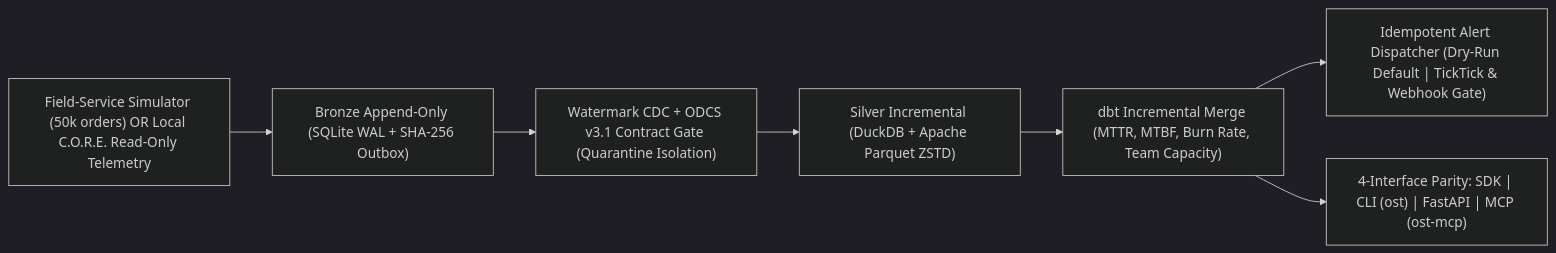
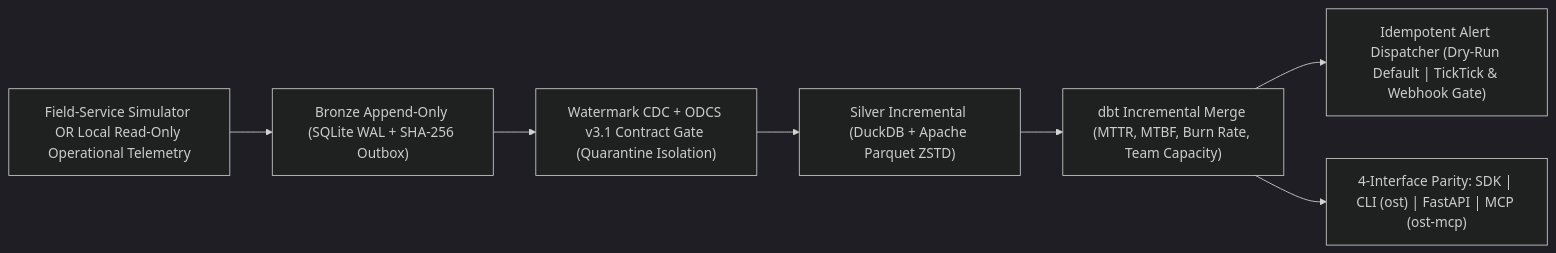
The diagram in README.md (jhsfhtls/ops-sla-telemetry-lakehouse), drawn with Mermaid (dark theme) before and after one commit. The commit also changed other lines of this file, not shown here.

````diff
--- a/README.md
+++ b/README.md
@@ -9,9 +9,9 @@
 ```mermaid
 flowchart LR
-    EVT["Field-Service Simulator (50k orders) OR Local C.O.R.E. Read-Only Telemetry"] --> BRZ["Bronze Append-Only (SQLite WAL + SHA-256 Outbox)"]
+    EVT["Field-Service Simulator OR Local Read-Only Operational Telemetry"] --> BRZ["Bronze Append-Only (SQLite WAL + SHA-256 Outbox)"]
     BRZ --> CDC["Watermark CDC + ODCS v3.1 Contract Gate (Quarantine Isolation)"]
     CDC --> SLV["Silver Incremental (DuckDB + Apache Parquet ZSTD)"]
     SLV --> DBT["dbt Incremental Merge (MTTR, MTBF, Burn Rate, Team Capacity)"]
     DBT --> DISP["Idempotent Alert Dispatcher (Dry-Run Default | TickTick & Webhook Gate)"]
     DBT --> IFACE["4-Interface Parity: SDK | CLI (ost) | FastAPI | MCP (ost-mcp)"]
 ```
````
